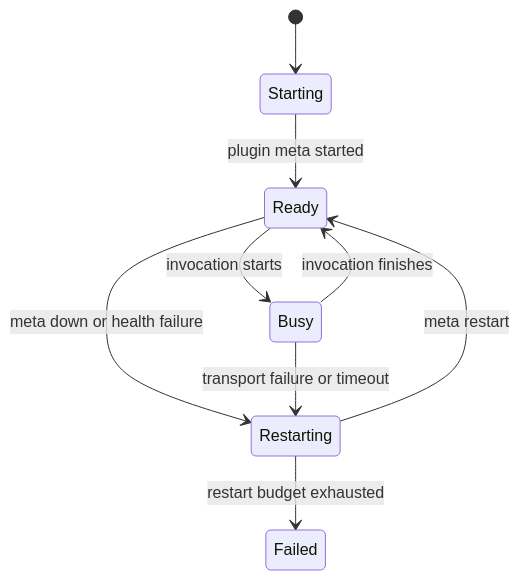
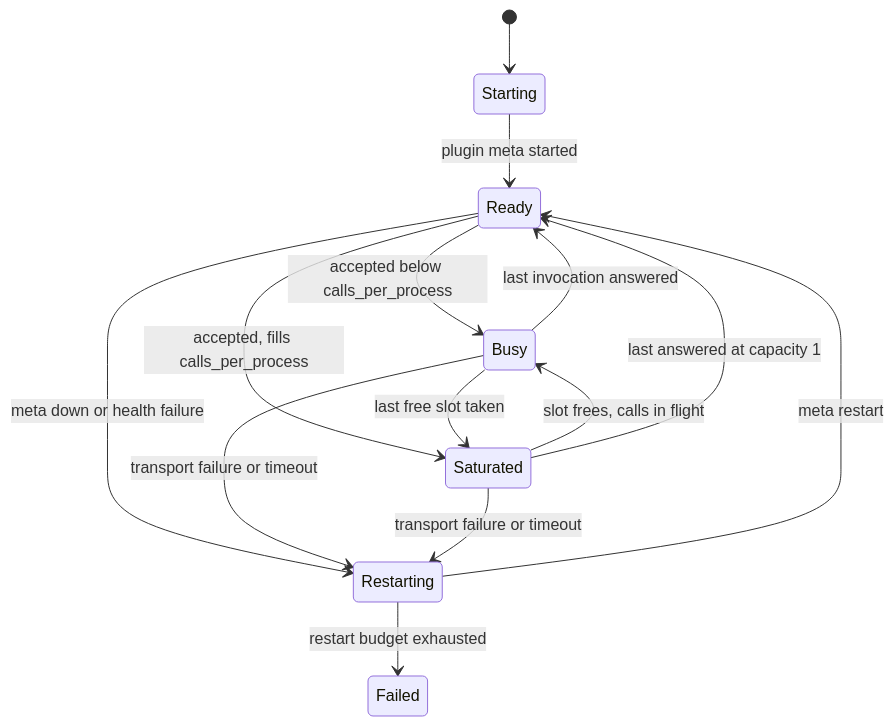
Diagram 12 of 14 in docs/internals/plugin-runtime.md (HarishHary/blink), drawn with Mermaid before and after one commit. The commit also changed other lines of this file and 115 other files, not shown here.

````diff
--- a/docs/internals/plugin-runtime.md
+++ b/docs/internals/plugin-runtime.md
@@ -473,11 +502,16 @@
 ```mermaid
 stateDiagram-v2
     [*] --> Starting
     Starting --> Ready: plugin meta started
-    Ready --> Busy: invocation starts
-    Busy --> Ready: invocation finishes
+    Ready --> Busy: accepted below calls_per_process
+    Ready --> Saturated: accepted, fills calls_per_process
+    Busy --> Saturated: last free slot taken
+    Saturated --> Busy: slot frees, calls in flight
+    Busy --> Ready: last invocation answered
+    Saturated --> Ready: last answered at capacity 1
     Ready --> Restarting: meta down or health failure
     Busy --> Restarting: transport failure or timeout
+    Saturated --> Restarting: transport failure or timeout
     Restarting --> Ready: meta restart
     Restarting --> Failed: restart budget exhausted
 ```
````
